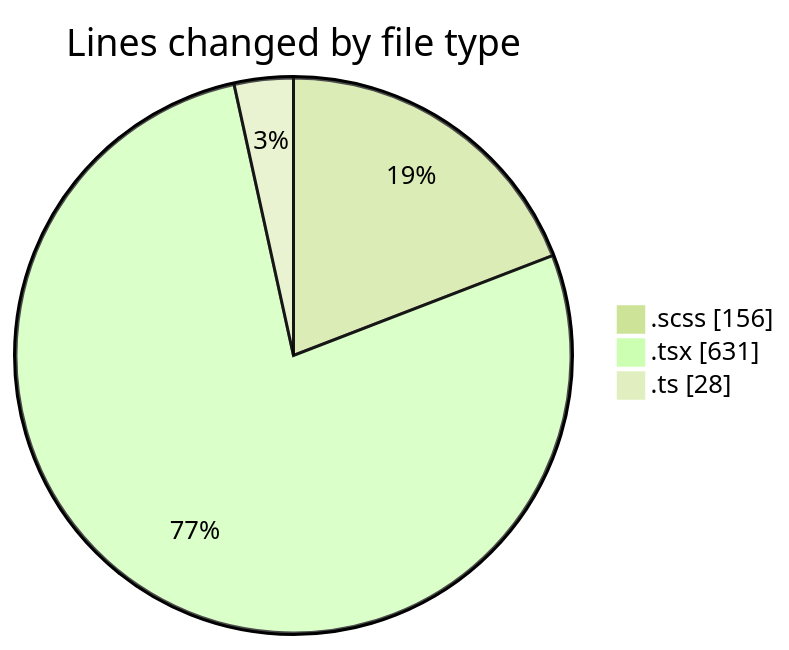
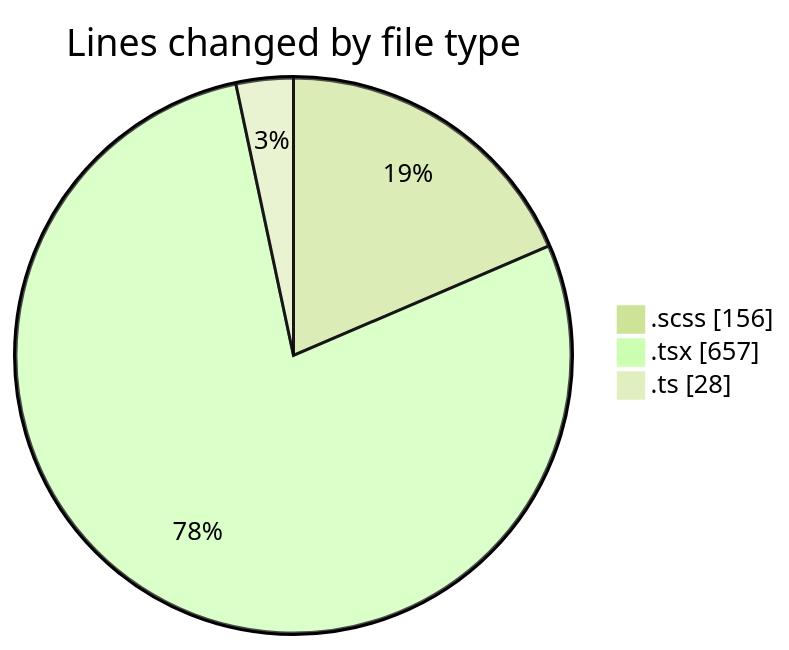
One commit to momahboobian/code-tracking changed the first of 2 diagrams in 2025-02-10/cda/README.md. Above: the diagram before and after it, drawn with Mermaid (forest theme). The commit also changed other lines of this file and 1 other file, not shown here.

````diff
--- a/2025-02-10/cda/README.md
+++ b/2025-02-10/cda/README.md
@@ -25,7 +25,7 @@
 ```mermaid
 pie showData
 title Lines changed by file type
 ".scss" : 156
-".tsx" : 631
+".tsx" : 657
 ".ts" : 28
 ```
````
